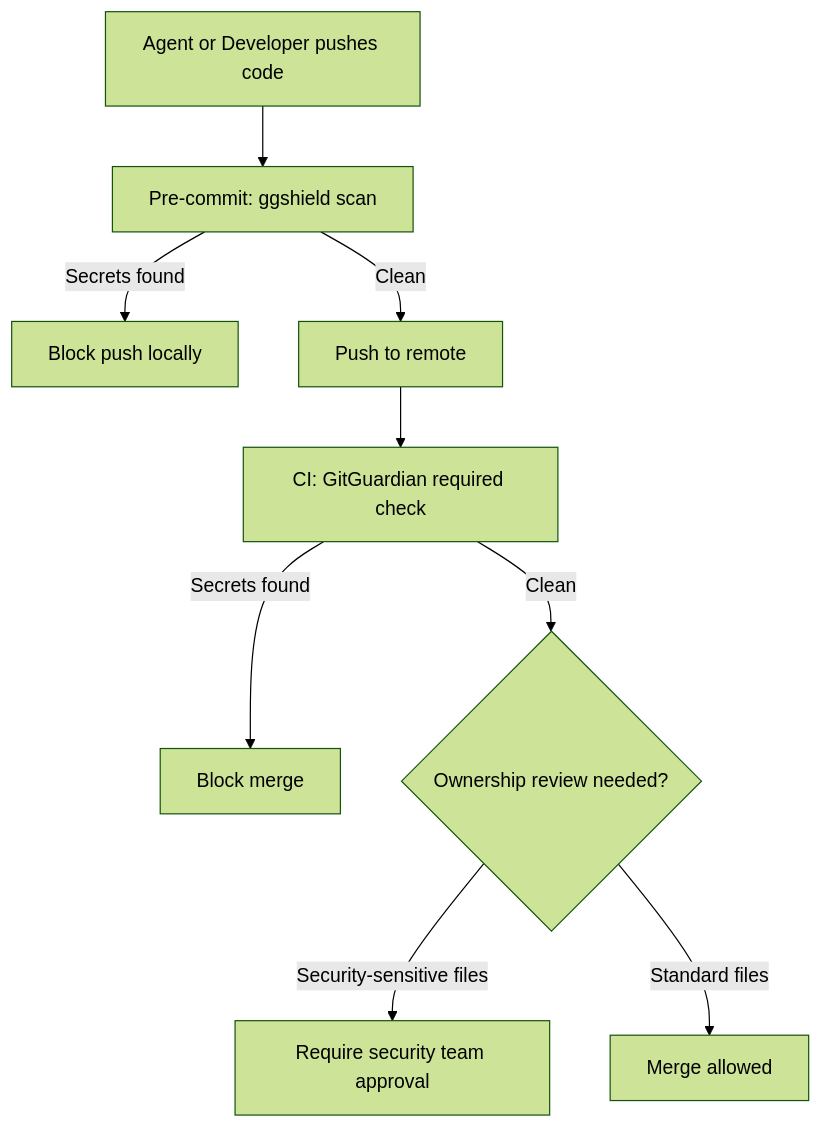
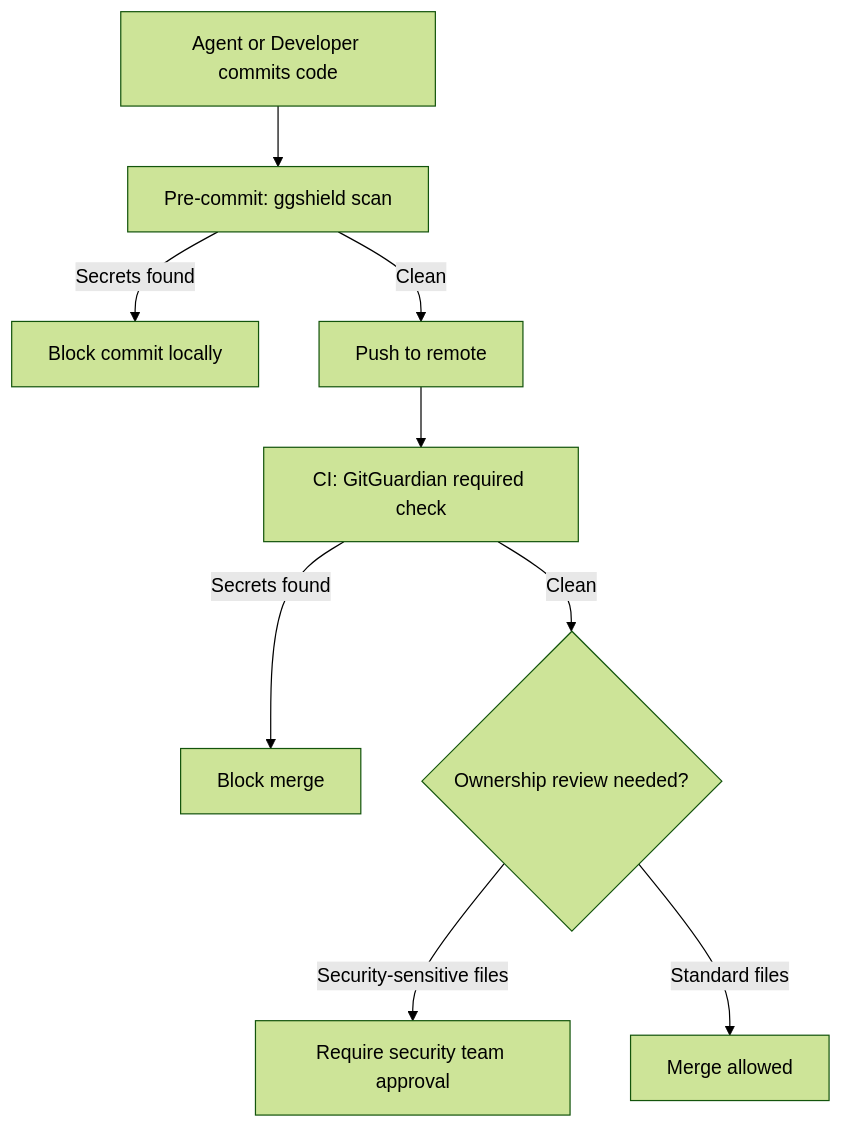
One commit to victorstack-ai/agent-blog changed the diagram in blog/2026-02-26-gitguardian-mcp-secret-scanning-gates-review.md. Above: the diagram before and after it, drawn with Mermaid (forest theme). The commit also changed other lines of this file and 30 other files, not shown here.

````diff
--- a/blog/2026-02-26-gitguardian-mcp-secret-scanning-gates-review.md
+++ b/blog/2026-02-26-gitguardian-mcp-secret-scanning-gates-review.md
@@ -89,11 +95,11 @@
 ```mermaid
 flowchart TD
-    A[Agent or Developer pushes code] --> B[Pre-commit: ggshield scan]
-    B -->|Secrets found| C[Block push locally]
+    A[Agent or Developer commits code] --> B[Pre-commit: ggshield scan]
+    B -->|Secrets found| C[Block commit locally]
     B -->|Clean| D[Push to remote]
     D --> E[CI: GitGuardian required check]
     E -->|Secrets found| F[Block merge]
     E -->|Clean| G{Ownership review needed?}
     G -->|Security-sensitive files| H[Require security team approval]
     G -->|Standard files| I[Merge allowed]
 ```
````
